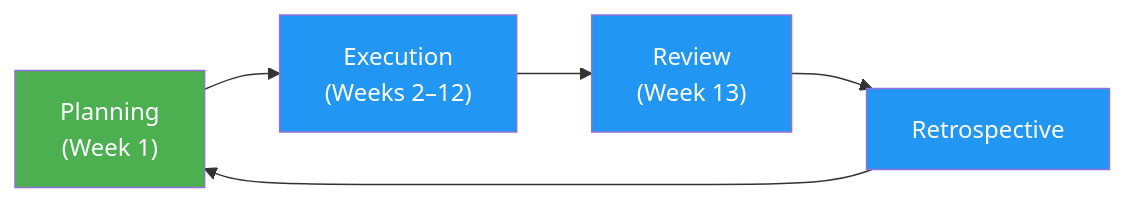
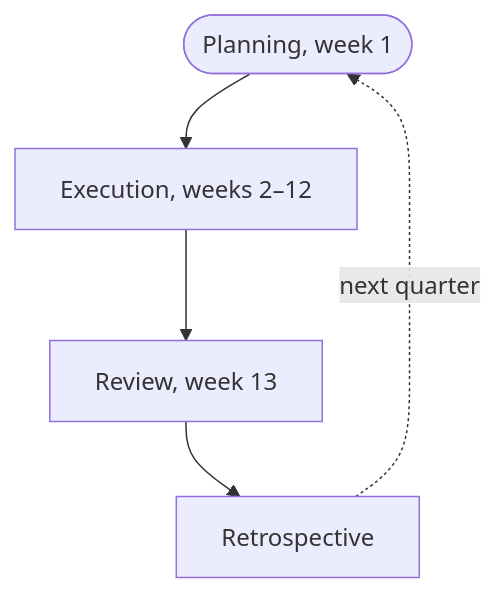
Before and after one commit to ultralytics/handbook: the diagram in docs/en/goals/okrs.md, drawn with Mermaid. The commit also changed 16 other files, not shown here.

Commit message:
Migrate handbook Mermaid diagrams to the unified design system (#363)

````diff
--- a/docs/en/goals/okrs.md
+++ b/docs/en/goals/okrs.md
@@ -46,10 +46,7 @@
 ```mermaid
-graph LR
-    A["Planning\n(Week 1)"]:::start --> B["Execution\n(Weeks 2–12)"]:::proc
-    B --> C["Review\n(Week 13)"]:::proc
-    C --> D[Retrospective]:::proc
-    D --> A
-
-    classDef start fill:#4CAF50,color:#fff
-    classDef proc fill:#2196F3,color:#fff
+flowchart TD
+    A(["Planning, week 1"]) --> B["Execution, weeks 2–12"]
+    B --> C["Review, week 13"]
+    C --> D[Retrospective]
+    D -.->|next quarter| A
 ```
````
